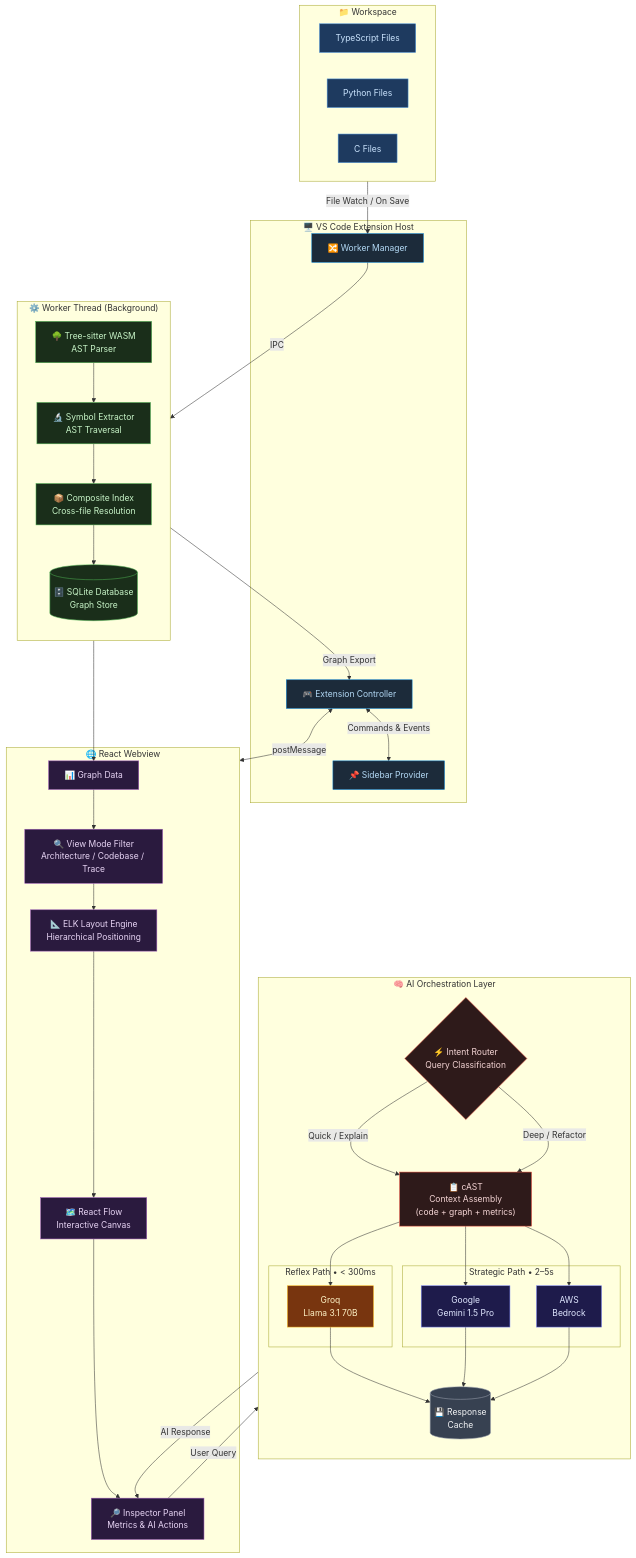
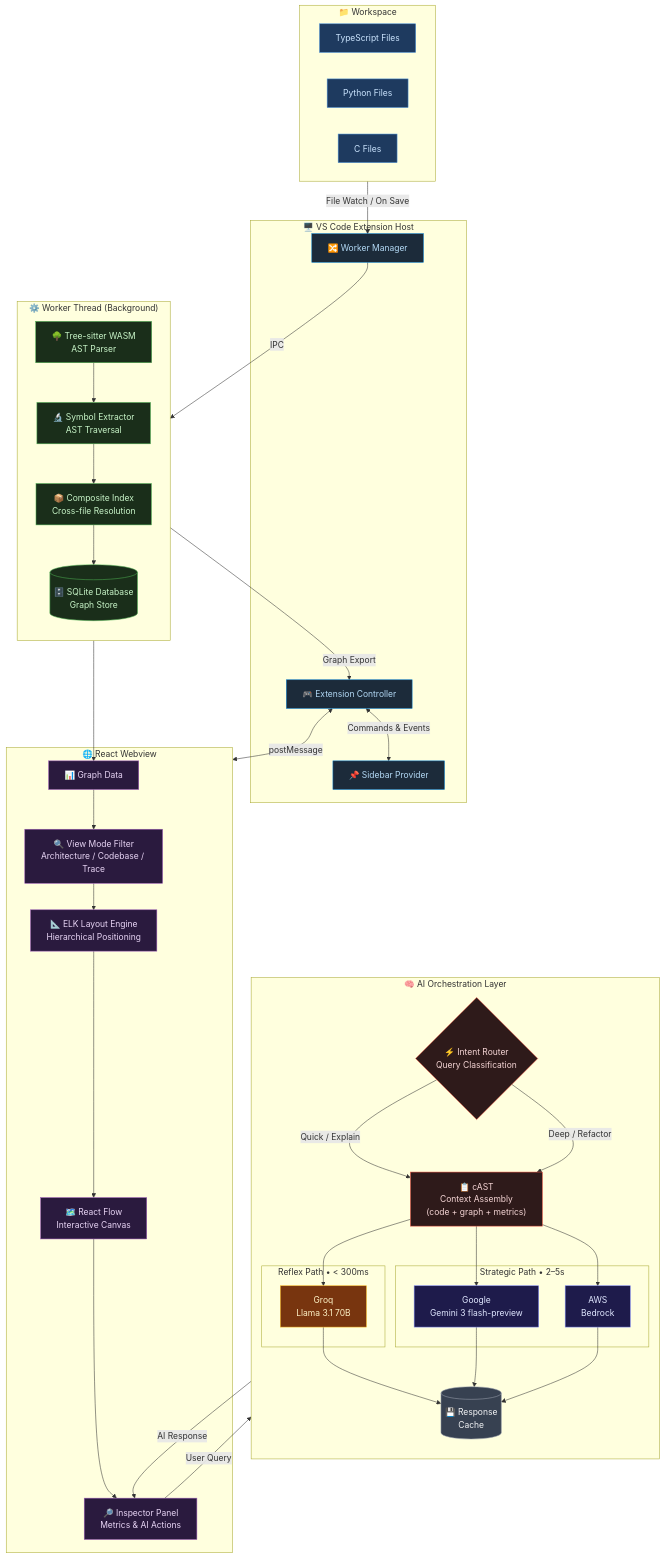
The diagram in Readme.md (unshakensoul17/practice-git), drawn with Mermaid before and after one commit. The commit also changed other lines of this file, not shown here.

Commit message:
Update Google Gemini model version in Readme

```diff
--- a/Readme.md
+++ b/Readme.md
@@ -175,7 +175,7 @@
     end
 
     subgraph STRATEGIC["Strategic Path  •  2–5s"]
-        Gemini["Google\nGemini 1.5 Pro"]
+        Gemini["Google\nGemini 3 flash-preview"]
         Bedrock["AWS\nBedrock"]
     end
 
```
